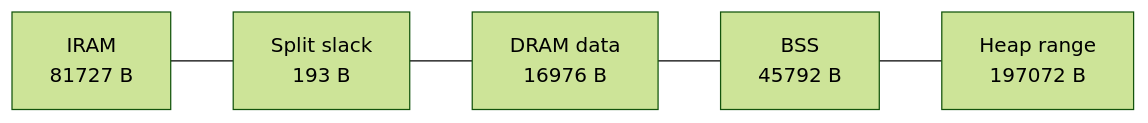
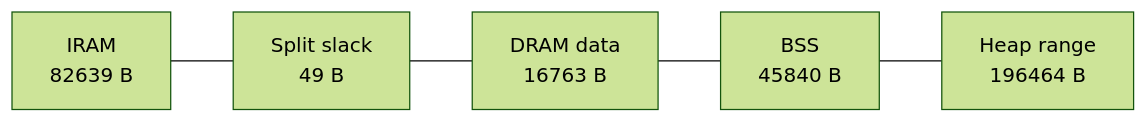
The second of 2 diagrams in docs/notes/Board-and-Memory.md (jose-villegas/autana), drawn with Mermaid (forest theme) before and after one commit. The commit also changed other lines of this file and 2 other files, not shown here.

````diff
--- a/docs/notes/Board-and-Memory.md
+++ b/docs/notes/Board-and-Memory.md
@@ -260,4 +263,4 @@
 ```mermaid
 flowchart LR
-    iram["IRAM<br/>81727 B"] --- slack["Split slack<br/>193 B"] --- data["DRAM data<br/>16976 B"] --- bss["BSS<br/>45792 B"] --- heap["Heap range<br/>197072 B"]
+    iram["IRAM<br/>82639 B"] --- slack["Split slack<br/>49 B"] --- data["DRAM data<br/>16763 B"] --- bss["BSS<br/>45840 B"] --- heap["Heap range<br/>196464 B"]
 ```
````
